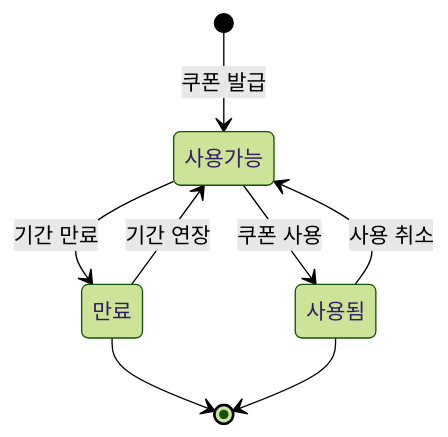
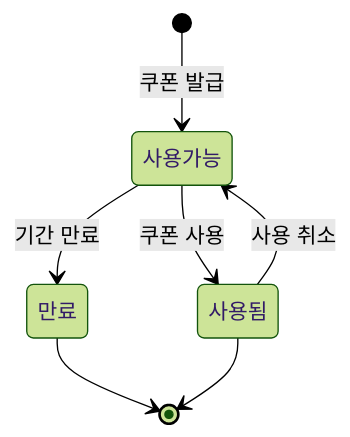
The fourth of 4 diagrams in docs/state/state-diagram.md (chapakook/kotlin-ecommerce), drawn with Mermaid (forest theme) before and after one commit.

Commit message:
docs: 상태다이어그램 업데이트

````diff
--- a/docs/state/state-diagram.md
+++ b/docs/state/state-diagram.md
@@ -85,10 +85,9 @@
 ```mermaid
 stateDiagram-v2
     [*] --> 사용가능 : 쿠폰 발급
     사용가능 --> 사용됨 : 쿠폰 사용
     사용됨 --> 사용가능 : 사용 취소
     사용가능 --> 만료 : 기간 만료
-    만료 --> 사용가능 : 기간 연장
     만료 --> [*]
     사용됨 --> [*]
 ```
````
